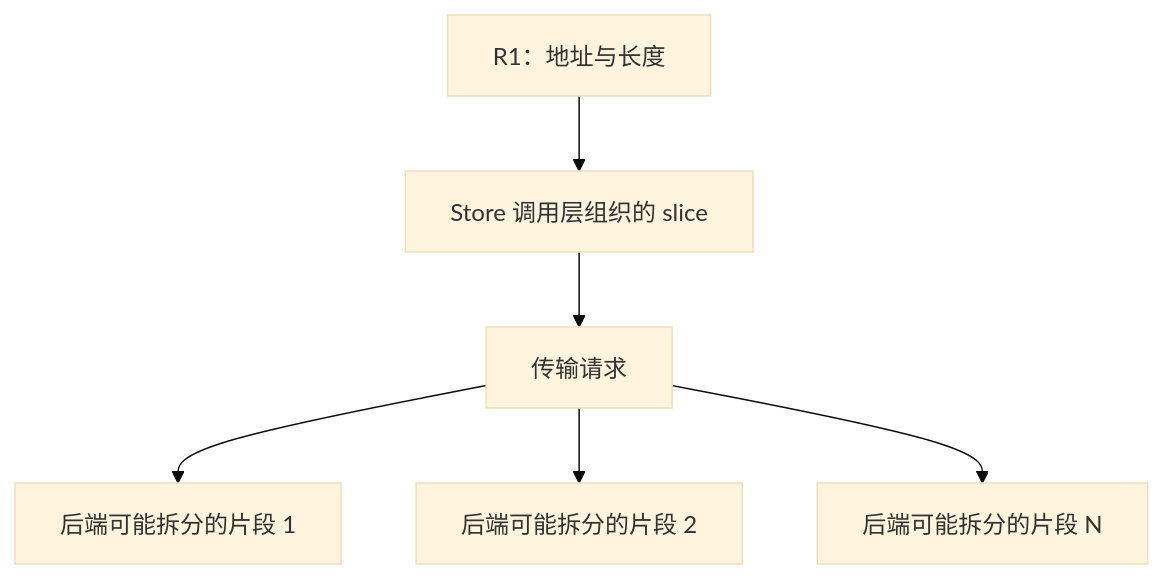
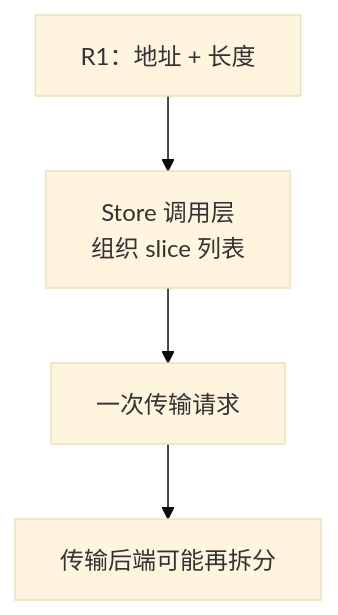
Before and after one commit to Hansyangxingxiang/Mooncake: the second of 2 diagrams in mooncake-kv-cache-series/wechat/02-objects-and-replicas.md, drawn with Mermaid (base theme). The commit also changed other lines of this file and 66 other files, not shown here.

First line of the commit message:
[Docs] Refine WeChat KV cache diagrams and mobile publish artifacts

````diff
--- a/mooncake-kv-cache-series/wechat/02-objects-and-replicas.md
+++ b/mooncake-kv-cache-series/wechat/02-objects-and-replicas.md
@@ -72,8 +70,6 @@
 ```mermaid
 flowchart TB
-    R1["R1：地址与长度"] --> S["Store 调用层组织的 slice"]
-    S --> T["传输请求"]
-    T --> P1["后端可能拆分的片段 1"]
-    T --> P2["后端可能拆分的片段 2"]
-    T --> P3["后端可能拆分的片段 N"]
+    R1["R1：地址 + 长度"] --> S["Store 调用层<br/>组织 slice 列表"]
+    S --> T["一次传输请求"]
+    T --> P["传输后端可能再拆分"]
 ```
````
